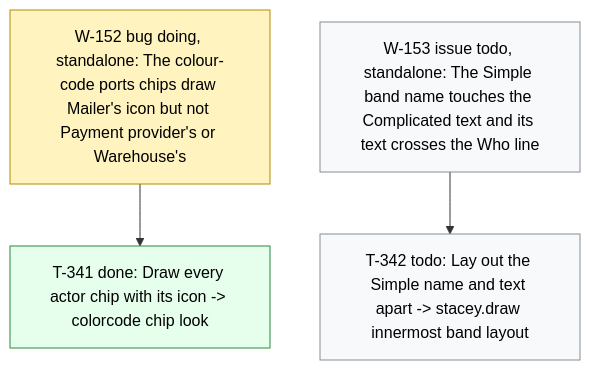
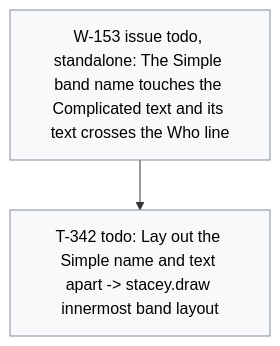
One commit to dpopchev/chaos-to-simple changed the diagram in .board/BOARD.md. Above: the diagram before and after it, drawn with Mermaid. The commit also changed other lines of this file and 3 other files, not shown here.

````diff
--- a/.board/BOARD.md
+++ b/.board/BOARD.md
@@ -903,15 +908,11 @@
 ```mermaid
 flowchart TD
-  W152["W-152 bug doing, standalone: The colour-code ports chips draw Mailer's icon but not Payment provider's or Warehouse's"]
-  W152 --> T341["T-341 done: Draw every actor chip with its icon -> colorcode chip look"]
   W153["W-153 issue todo, standalone: The Simple band name touches the Complicated text and its text crosses the Who line"]
   W153 --> T342["T-342 todo: Lay out the Simple name and text apart -> stacey.draw innermost band layout"]
   classDef doing fill:#fff3bf,stroke:#b58900,color:#000;
   classDef blocked fill:#ffe3e3,stroke:#c92a2a,color:#000;
   classDef done fill:#e6ffed,stroke:#2b8a3e,color:#000;
   classDef todo fill:#f8f9fa,stroke:#868e96,color:#000;
   classDef pruned fill:#f1f3f5,stroke:#adb5bd,color:#000;
-  class W152 doing
-  class T341 done
   class W153,T342 todo
 ```
````
